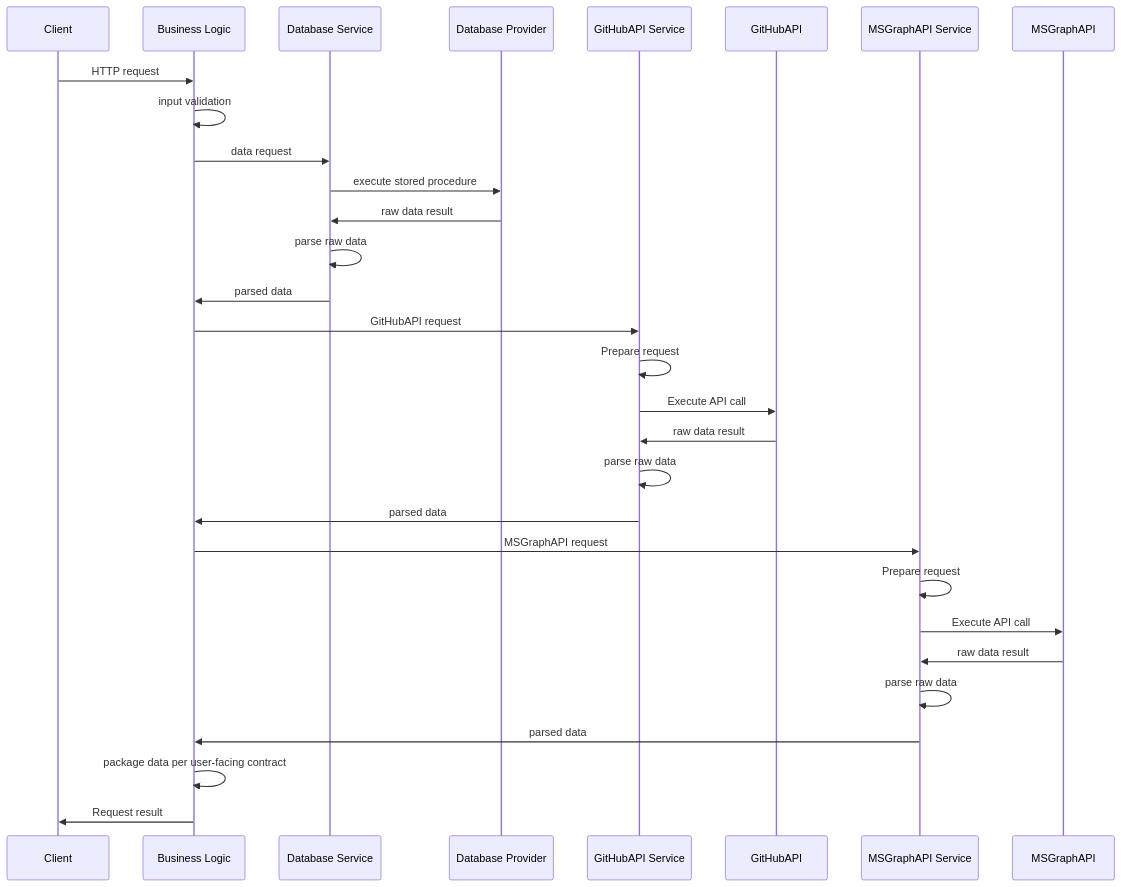
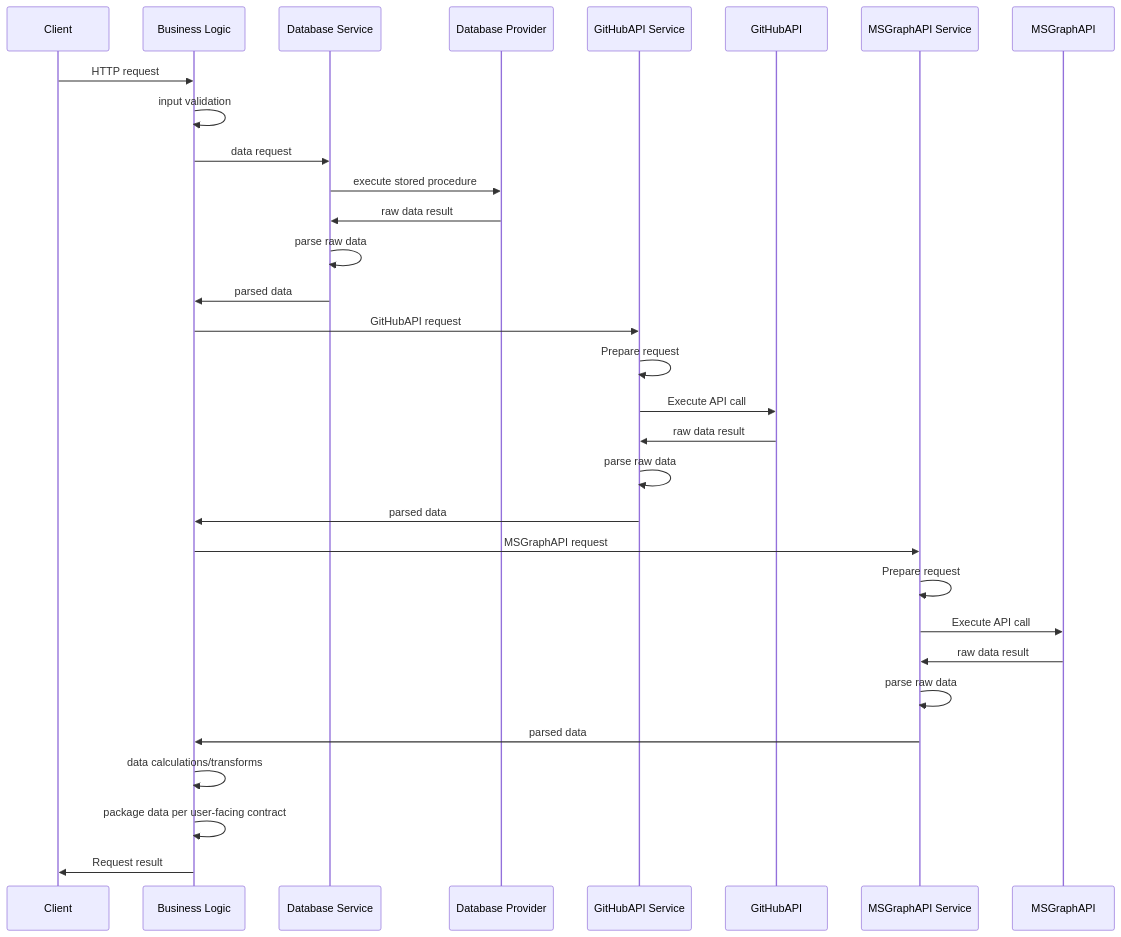
The diagram in README.md (Avanade/gh-management), drawn with Mermaid before and after one commit.

Commit message:
doc: add data calculations/transforms

````diff
--- a/README.md
+++ b/README.md
@@ -32,32 +32,33 @@
   ```mermaid
   sequenceDiagram
     participant Client
     participant Business Logic
     participant Database Service
     participant Database Provider
     participant GitHubAPI Service
     participant GitHubAPI
     participant MSGraphAPI Service
     participant MSGraphAPI
     Client->>Business Logic: HTTP request
     Business Logic->>Business Logic: input validation
     Business Logic->>Database Service: data request
     Database Service->>Database Provider: execute stored procedure
     Database Provider->>Database Service: raw data result
     Database Service->>Database Service: parse raw data
     Database Service->>Business Logic: parsed data
     Business Logic->>GitHubAPI Service: GitHubAPI request
     GitHubAPI Service->>GitHubAPI Service: Prepare request
     GitHubAPI Service->>GitHubAPI: Execute API call
     GitHubAPI->>GitHubAPI Service: raw data result
     GitHubAPI Service->>GitHubAPI Service: parse raw data
     GitHubAPI Service->>Business Logic: parsed data
     Business Logic->>MSGraphAPI Service: MSGraphAPI request
     MSGraphAPI Service->>MSGraphAPI Service: Prepare request
     MSGraphAPI Service->>MSGraphAPI: Execute API call
     MSGraphAPI->>MSGraphAPI Service: raw data result
     MSGraphAPI Service->>MSGraphAPI Service: parse raw data
     MSGraphAPI Service->>Business Logic: parsed data
+    Business Logic->>Business Logic:data calculations/transforms
     Business Logic->>Business Logic: package data per user-facing contract
     Business Logic->>Client: Request result
   ```
````
